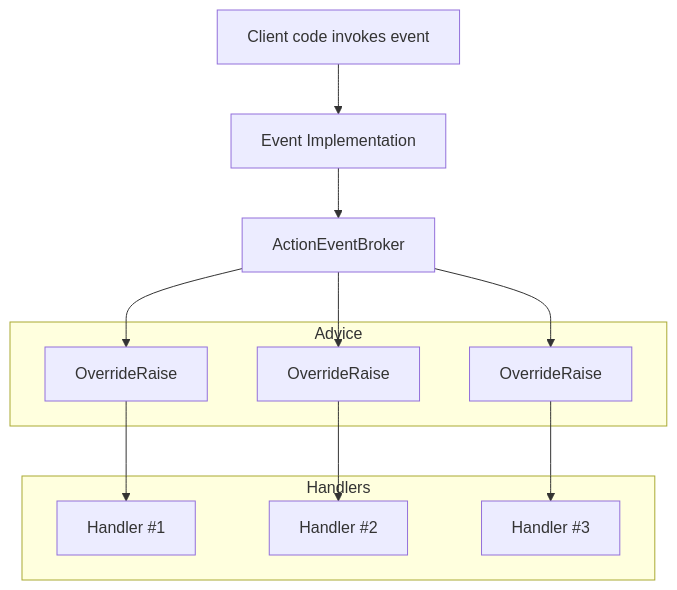
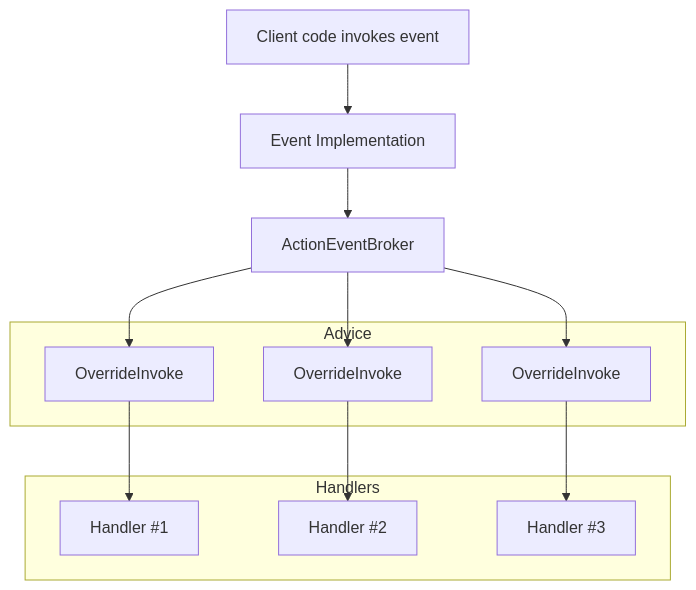
The diagram in content/conceptual/aspects/advising/overriding-events.md (metalama/Metalama.Documentation), drawn with Mermaid before and after one commit. The commit also changed other lines of this file and 2 other files, not shown here.

Commit message:
Fixing event override doc.

````diff
--- a/content/conceptual/aspects/advising/overriding-events.md
+++ b/content/conceptual/aspects/advising/overriding-events.md
@@ -69,26 +69,26 @@
 ```mermaid
 flowchart TD
     A[Client code invokes event] --> B[Event Implementation]
     B --> D[ActionEventBroker]
 
-    D --> OverrideRaise1[OverrideRaise]
-    D --> OverrideRaise2[OverrideRaise]
-    D --> OverrideRaise3[OverrideRaise]
+    D --> OverrideInvoke1[OverrideInvoke]
+    D --> OverrideInvoke2[OverrideInvoke]
+    D --> OverrideInvoke3[OverrideInvoke]
 
      subgraph "Advice"
-      OverrideRaise1
-      OverrideRaise2
-      OverrideRaise3
+      OverrideInvoke1
+      OverrideInvoke2
+      OverrideInvoke3
     end
 
-    OverrideRaise1 --> E1
-    OverrideRaise2 --> E2
-    OverrideRaise3 --> E3
+    OverrideInvoke1 --> E1
+    OverrideInvoke2 --> E2
+    OverrideInvoke3 --> E3
 
     subgraph "Handlers"
       E1[Handler #1]
       E2[Handler #2]
       E3[Handler #3]
     end
 
 ```
````
